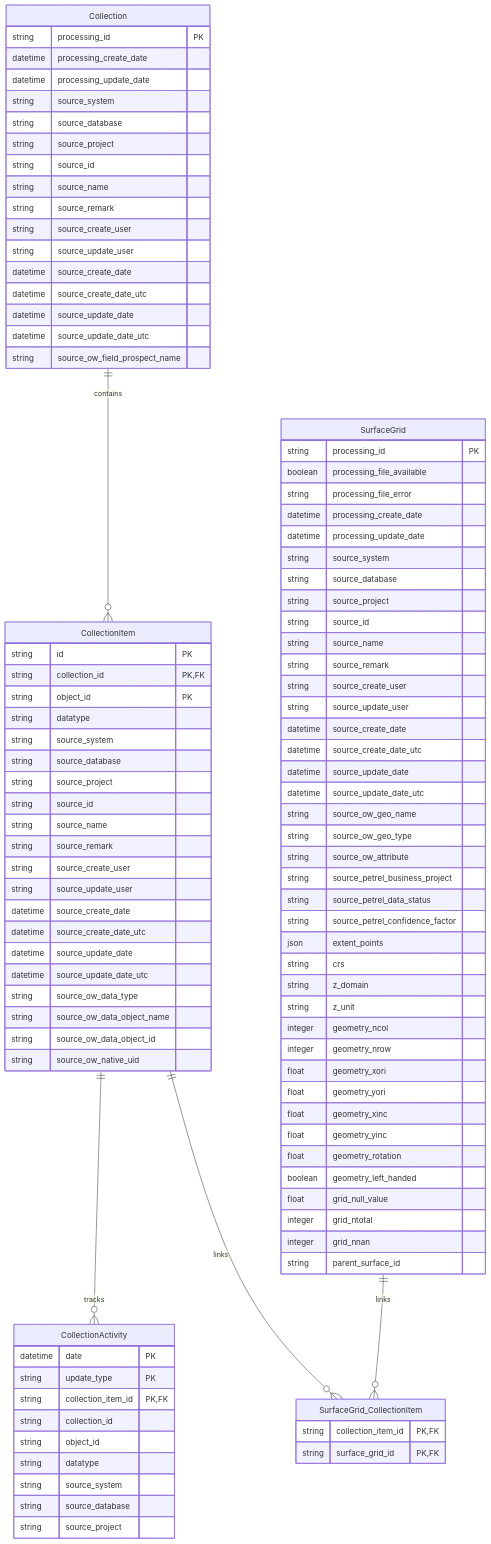
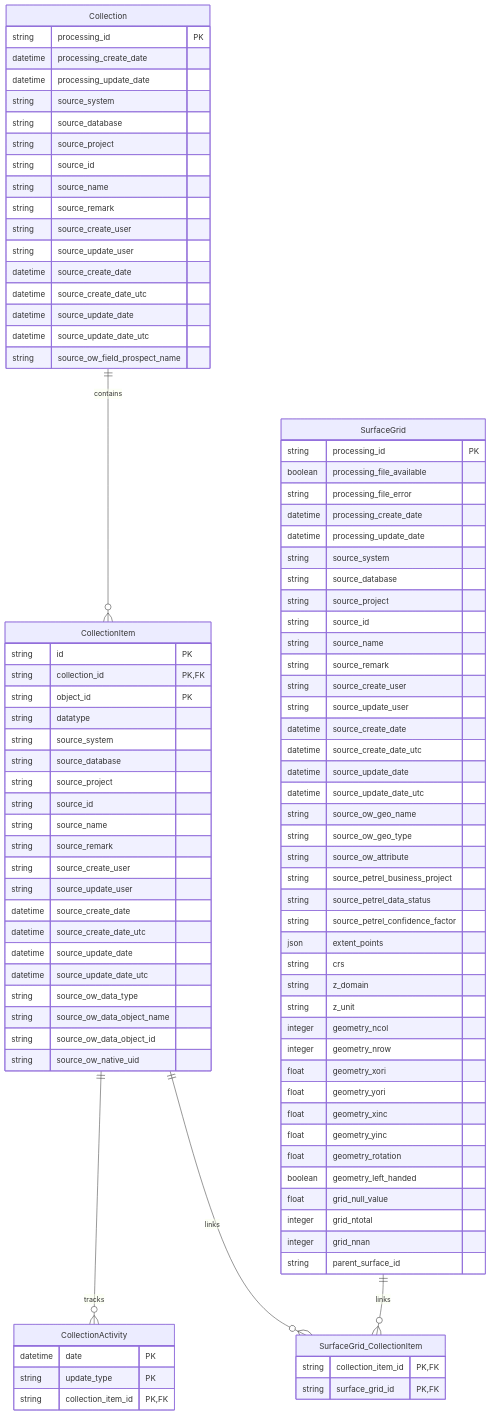
Before and after one commit to equinor/interpretation-models: the diagram in docs/database_model.md, drawn with Mermaid. The commit also changed 2 other files, not shown here.

Commit message:
remove redundant attributes from CollectionActivity

```diff
--- a/docs/database_model.md
+++ b/docs/database_model.md
@@ -88,12 +88,6 @@
         datetime date PK
         string update_type PK
         string collection_item_id PK, FK
-        string collection_id
-        string object_id
-        string datatype
-        string source_system
-        string source_database
-        string source_project
     }
 
     SurfaceGrid_CollectionItem {
```
